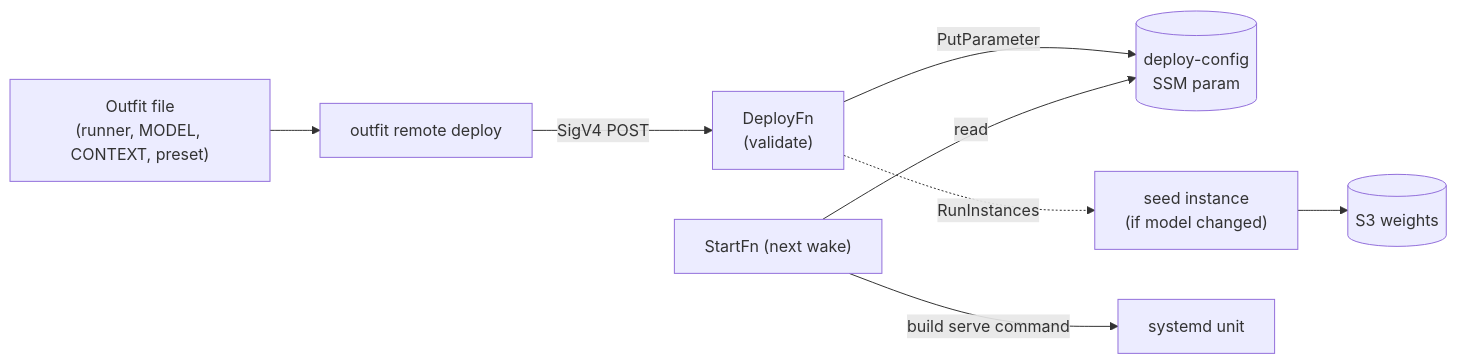
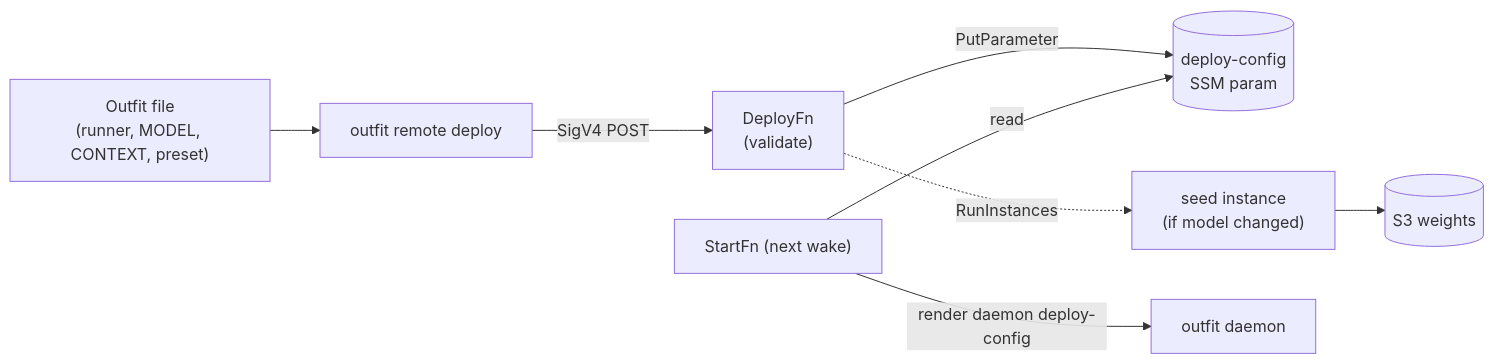
One commit to lucinate-ai/outfit changed the second of 4 diagrams in remote/docs/architecture.md. Above: the diagram before and after it, drawn with Mermaid. The commit also changed other lines of this file and 69 other files, not shown here.

Commit message:
feat: add outfit daemon with control API and host the remote instance under it

````diff
--- a/remote/docs/architecture.md
+++ b/remote/docs/architecture.md
@@ -81,15 +83,15 @@
 ```mermaid
 flowchart LR
   outfitfile["Outfit file<br/>(runner, MODEL, CONTEXT, preset)"]
   outfit["outfit remote deploy"]
   deploy["DeployFn<br/>(validate)"]
   param[("deploy-config<br/>SSM param")]
   seed["seed instance<br/>(if model changed)"]
   start["StartFn (next wake)"]
 
   outfitfile --> outfit -->|SigV4 POST| deploy
   deploy -->|PutParameter| param
   deploy -.->|RunInstances| seed --> s3[("S3 weights")]
   start -->|read| param
-  start -->|build serve command| unit["systemd unit"]
+  start -->|render daemon deploy-config| unit["outfit daemon"]
 ```
````
